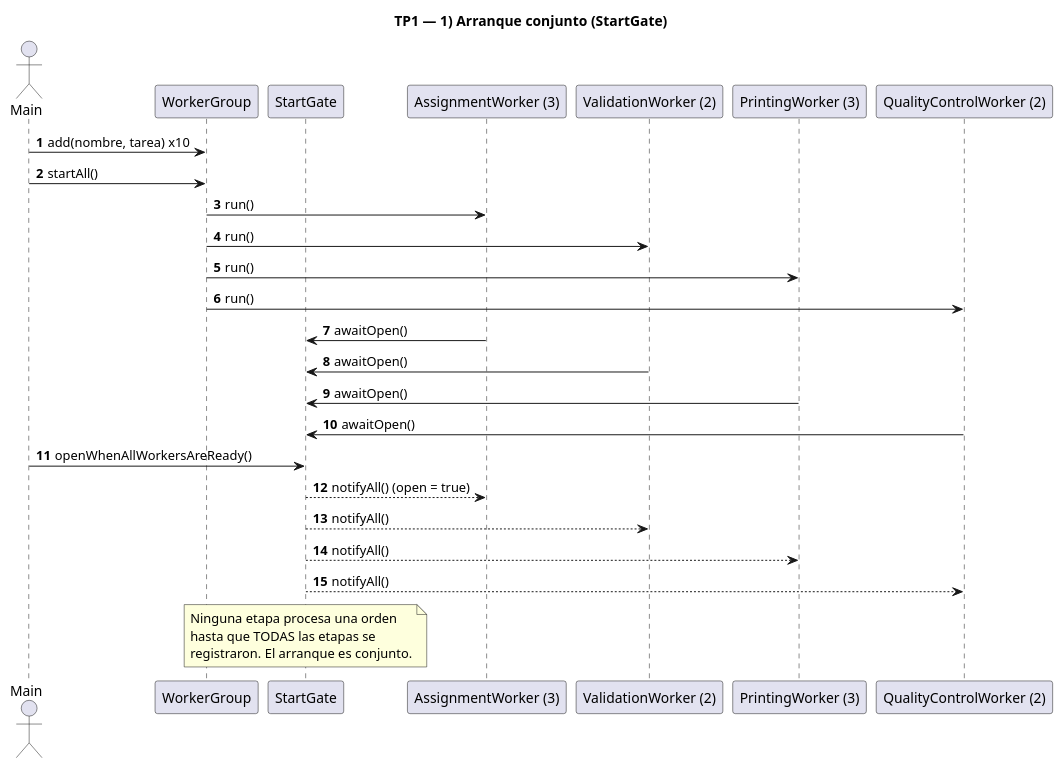
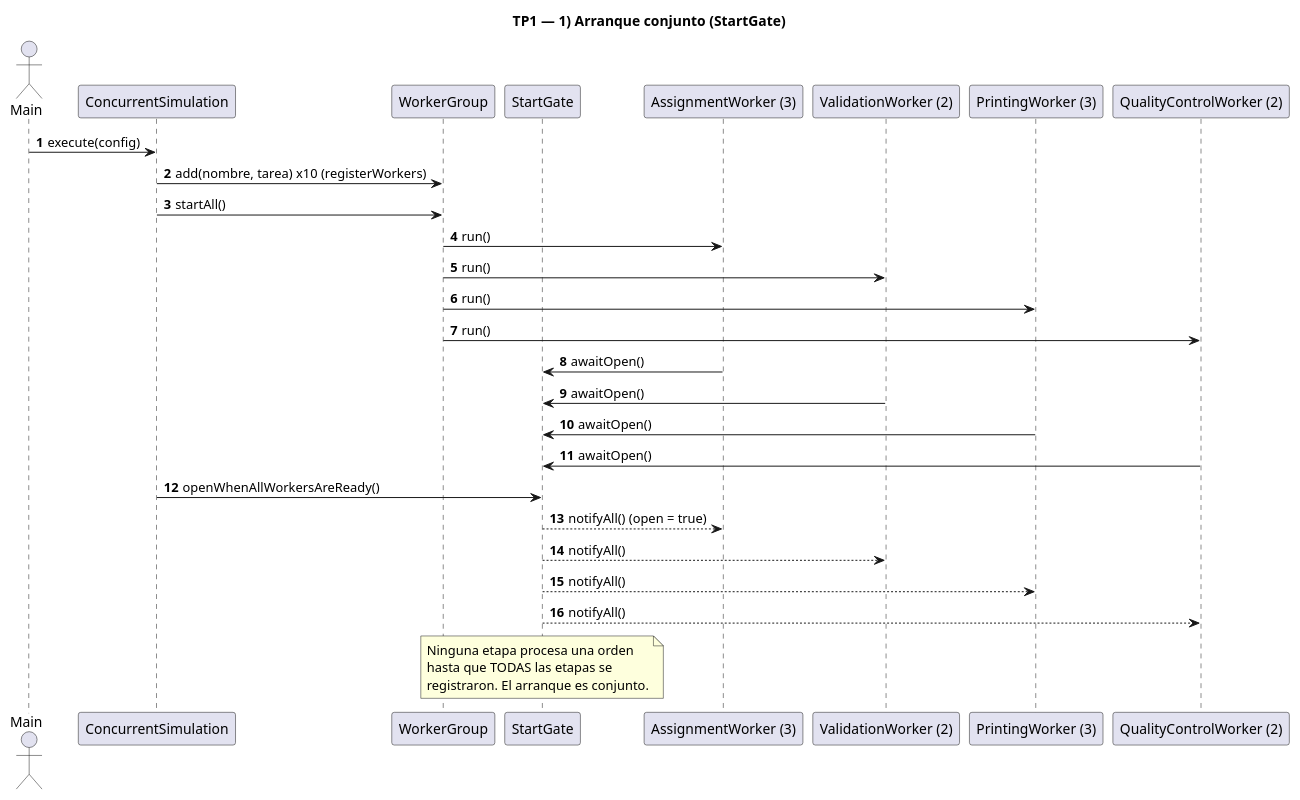
One commit to ValentinoZucchellaPaz/tp1-pcyp-2026 changed the diagram in docs/diagramasSimples/diagrama-secuencia-1-arranque.puml. Above: the diagram before and after it, drawn with PlantUML. The commit also changed 1 other file, not shown here.

Commit message:
docs: precisar ConcurrentSimulation en el diagrama de arranque

```diff
--- a/docs/diagramasSimples/diagrama-secuencia-1-arranque.puml
+++ b/docs/diagramasSimples/diagrama-secuencia-1-arranque.puml
@@ -1,37 +1,39 @@
 @startuml diagrama-secuencia-1-arranque
 title TP1 — 1) Arranque conjunto (StartGate)
 autonumber
 
 actor Main
+participant ConcurrentSimulation as CS
 participant WorkerGroup as WG
 participant StartGate as SG
 participant "AssignmentWorker (3)" as AW
 participant "ValidationWorker (2)" as VW
 participant "PrintingWorker (3)" as PW
 participant "QualityControlWorker (2)" as QW
 
-Main -> WG : add(nombre, tarea) x10
-Main -> WG : startAll()
+Main -> CS : execute(config)
+CS -> WG : add(nombre, tarea) x10 (registerWorkers)
+CS -> WG : startAll()
 WG -> AW : run()
 WG -> VW : run()
 WG -> PW : run()
 WG -> QW : run()
 
 AW -> SG : awaitOpen()
 VW -> SG : awaitOpen()
 PW -> SG : awaitOpen()
 QW -> SG : awaitOpen()
 
-Main -> SG : openWhenAllWorkersAreReady()
+CS -> SG : openWhenAllWorkersAreReady()
 SG --> AW : notifyAll() (open = true)
 SG --> VW : notifyAll()
 SG --> PW : notifyAll()
 SG --> QW : notifyAll()
 
 note over SG
   Ninguna etapa procesa una orden
   hasta que TODAS las etapas se
   registraron. El arranque es conjunto.
 end note
 
 @enduml
```
